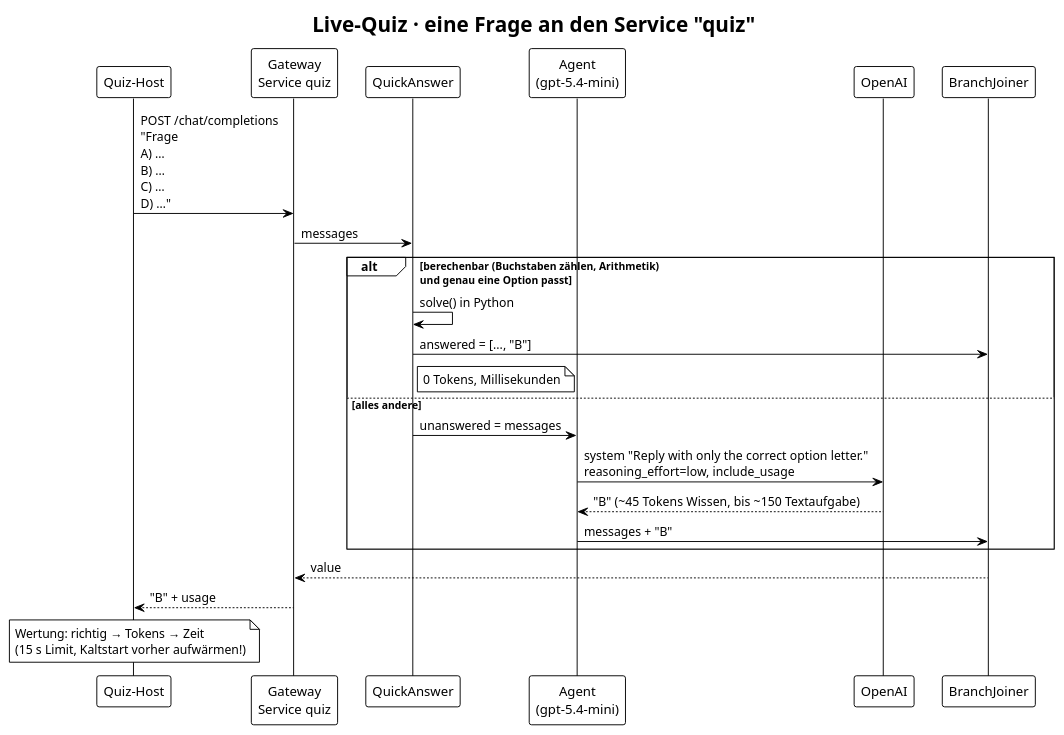
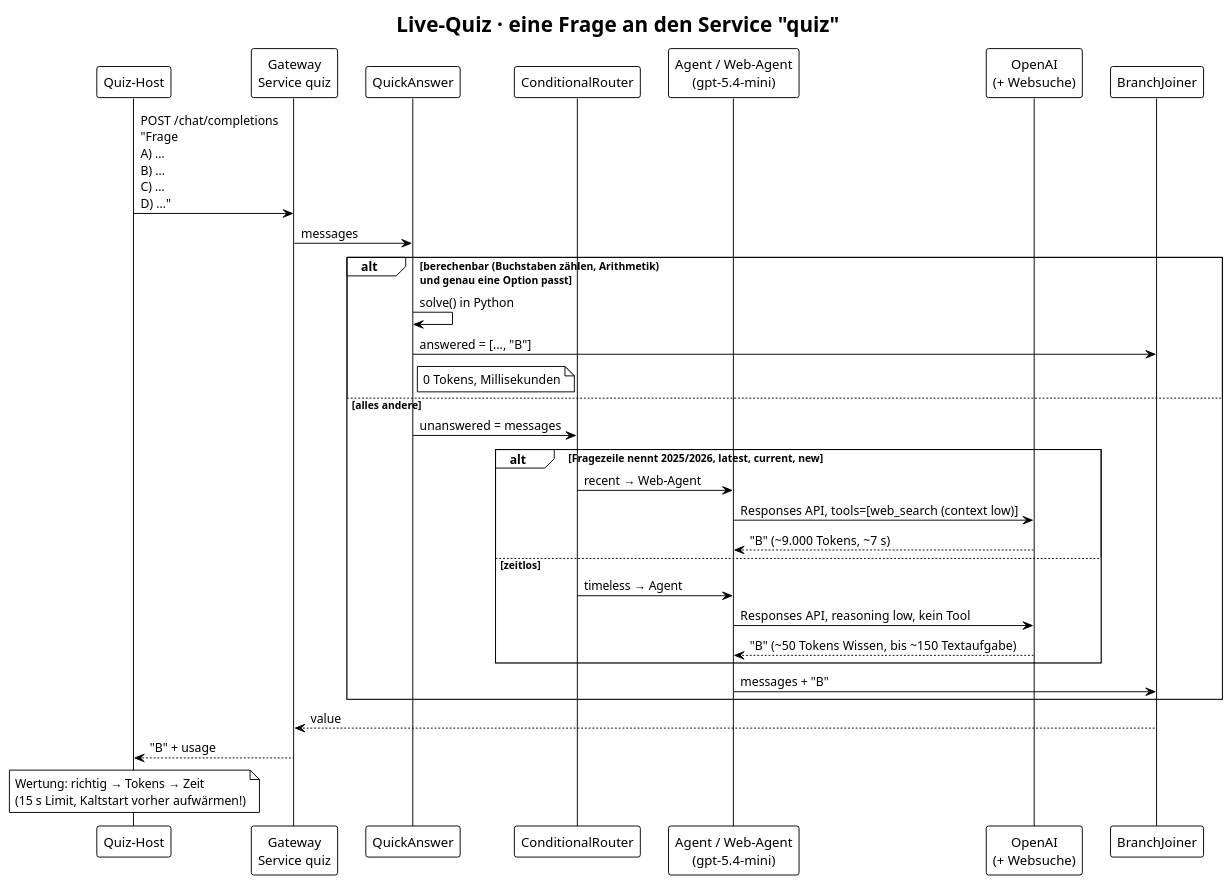
One commit to ma3u/hacknight changed the diagram in docs/diagrams/live-question.puml. Above: the diagram before and after it, drawn with PlantUML. The commit also changed 17 other files, not shown here.

First line of the commit message:
Add winner strategies: recency router + OpenAI web search, GPT-6 Astra, recent-events eval

```diff
--- a/docs/diagrams/live-question.puml
+++ b/docs/diagrams/live-question.puml
@@ -1,28 +1,36 @@
 @startuml live-question
 !theme plain
 skinparam shadowing false
 title Live-Quiz · eine Frage an den Service "quiz"
 
 participant "Quiz-Host" as Host
 participant "Gateway\nService quiz" as GW
 participant "QuickAnswer" as QA
-participant "Agent\n(gpt-5.4-mini)" as Agent
-participant "OpenAI" as OAI
+participant "ConditionalRouter" as Router
+participant "Agent / Web-Agent\n(gpt-5.4-mini)" as Agent
+participant "OpenAI\n(+ Websuche)" as OAI
 participant "BranchJoiner" as Join
 
 Host -> GW : POST /chat/completions\n"Frage\nA) …\nB) …\nC) …\nD) …"
 GW -> QA : messages
 alt berechenbar (Buchstaben zählen, Arithmetik)\nund genau eine Option passt
   QA -> QA : solve() in Python
   QA -> Join : answered = [..., "B"]
   note right of QA : 0 Tokens, Millisekunden
 else alles andere
-  QA -> Agent : unanswered = messages
-  Agent -> OAI : system "Reply with only the correct option letter."\nreasoning_effort=low, include_usage
-  OAI --> Agent : "B" (~45 Tokens Wissen, bis ~150 Textaufgabe)
+  QA -> Router : unanswered = messages
+  alt Fragezeile nennt 2025/2026, latest, current, new
+    Router -> Agent : recent → Web-Agent
+    Agent -> OAI : Responses API, tools=[web_search (context low)]
+    OAI --> Agent : "B" (~9.000 Tokens, ~7 s)
+  else zeitlos
+    Router -> Agent : timeless → Agent
+    Agent -> OAI : Responses API, reasoning low, kein Tool
+    OAI --> Agent : "B" (~50 Tokens Wissen, bis ~150 Textaufgabe)
+  end
   Agent -> Join : messages + "B"
 end
 Join --> GW : value
 GW --> Host : "B" + usage
 note over Host : Wertung: richtig → Tokens → Zeit\n(15 s Limit, Kaltstart vorher aufwärmen!)
 @enduml
```
